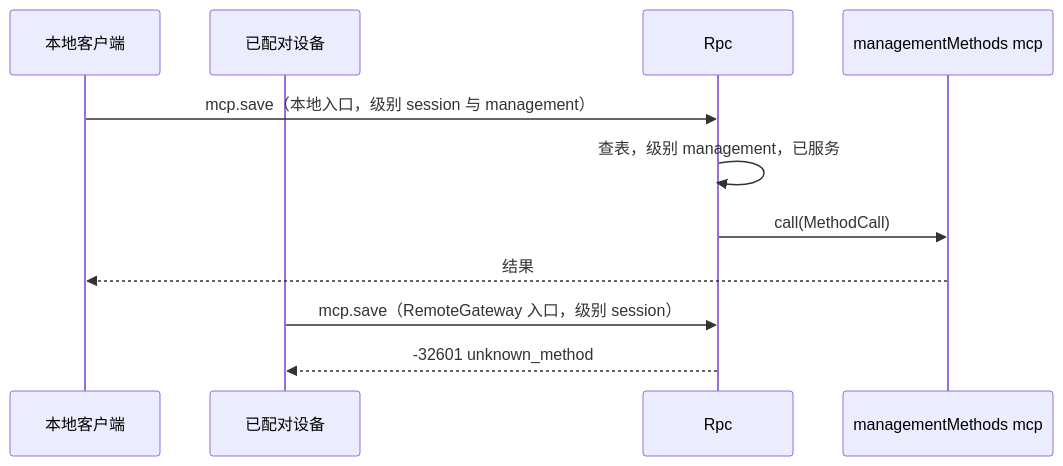
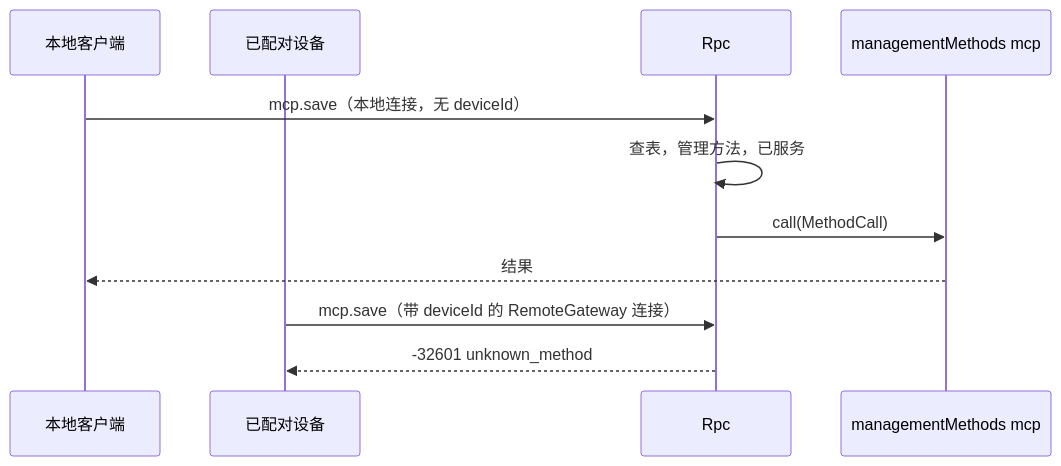
The third of 3 diagrams in docs/zh/design/contracts/session-boundary.md (CoutinhoTTS/dim-agent), drawn with Mermaid before and after one commit. The commit also changed other lines of this file and 42 other files, not shown here.

````diff
--- a/docs/zh/design/contracts/session-boundary.md
+++ b/docs/zh/design/contracts/session-boundary.md
@@ -91,13 +93,13 @@
 ```mermaid
 sequenceDiagram
   participant L as 本地客户端
   participant D as 已配对设备
   participant R as Rpc
   participant P as managementMethods mcp
-  L->>R: mcp.save（本地入口，级别 session 与 management）
-  R->>R: 查表，级别 management，已服务
+  L->>R: mcp.save（本地连接，无 deviceId）
+  R->>R: 查表，管理方法，已服务
   R->>P: call(MethodCall)
   P-->>L: 结果
-  D->>R: mcp.save（RemoteGateway 入口，级别 session）
+  D->>R: mcp.save（带 deviceId 的 RemoteGateway 连接）
   R-->>D: -32601 unknown_method
 ```
````
